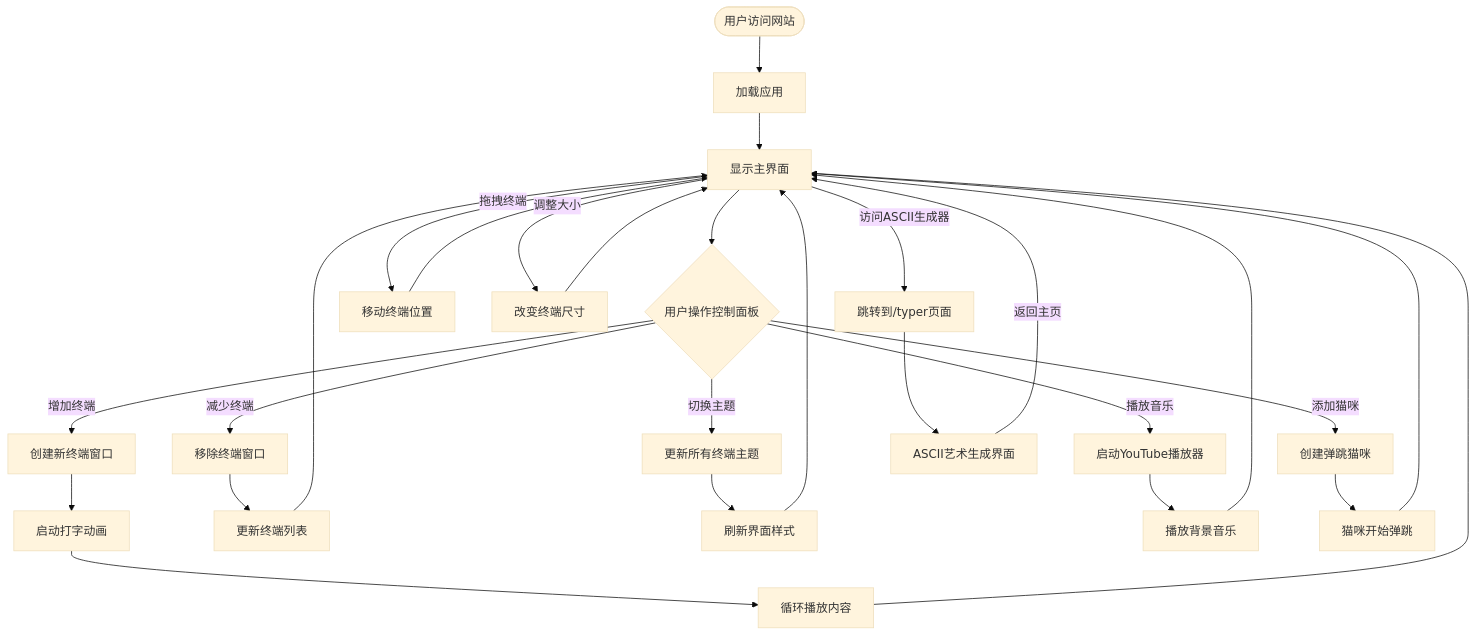
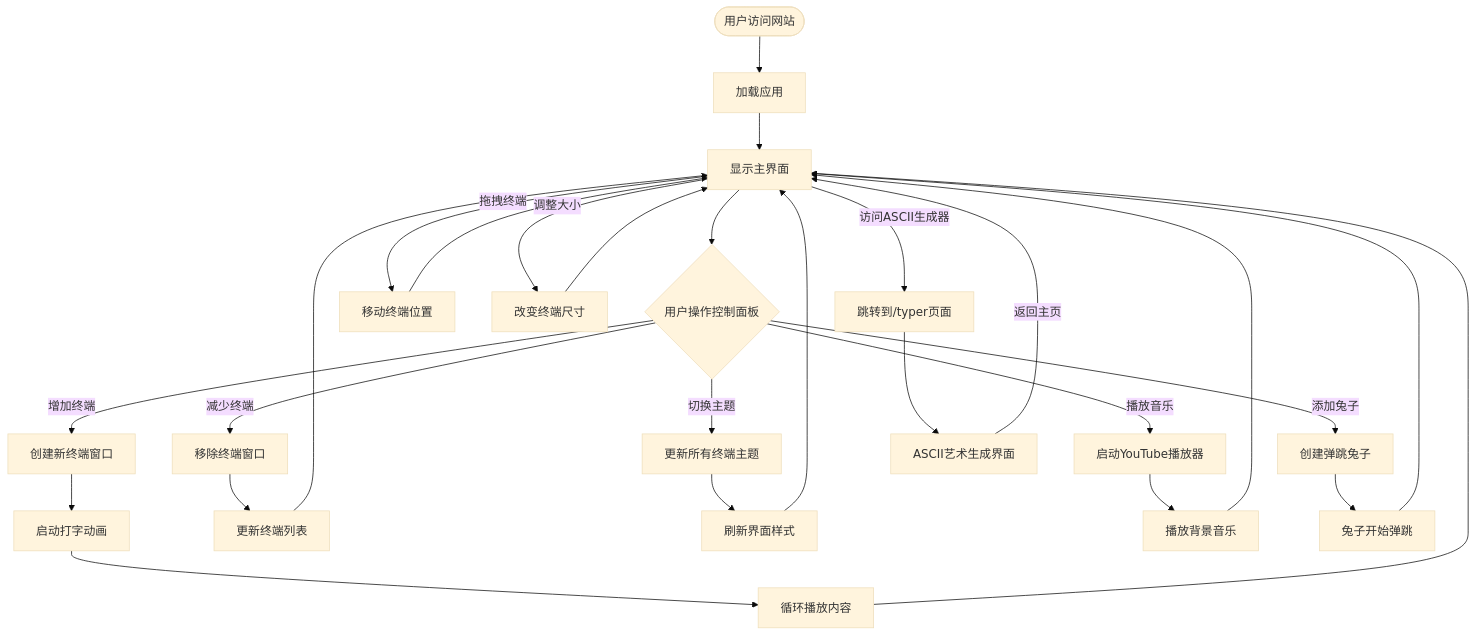
One commit to nicekate/MultiTerminalCodeViz changed the third of 3 diagrams in README.md. Above: the diagram before and after it, drawn with Mermaid (base theme). The commit also changed other lines of this file and 3 other files, not shown here.

First line of the commit message:
feat: replace cat animation with bunny animation

````diff
--- a/README.md
+++ b/README.md
@@ -168,35 +168,35 @@
 ```mermaid
 flowchart TD
     Start([用户访问网站]) --> Load[加载应用]
     Load --> MainInterface[显示主界面]
 
     MainInterface --> Controls{用户操作控制面板}
 
     Controls -->|增加终端| AddTerminal[创建新终端窗口]
     Controls -->|减少终端| RemoveTerminal[移除终端窗口]
     Controls -->|切换主题| ChangeTheme[更新所有终端主题]
     Controls -->|播放音乐| PlayMusic[启动YouTube播放器]
-    Controls -->|添加猫咪| AddCat[创建弹跳猫咪]
+    Controls -->|添加兔子| AddBunny[创建弹跳兔子]
 
     AddTerminal --> Animation[启动打字动画]
     RemoveTerminal --> Update[更新终端列表]
     ChangeTheme --> Refresh[刷新界面样式]
     PlayMusic --> Audio[播放背景音乐]
-    AddCat --> Bounce[猫咪开始弹跳]
+    AddBunny --> Bounce[兔子开始弹跳]
 
     Animation --> Loop[循环播放内容]
     Update --> MainInterface
     Refresh --> MainInterface
     Audio --> MainInterface
     Bounce --> MainInterface
     Loop --> MainInterface
 
     MainInterface -->|拖拽终端| DragTerminal[移动终端位置]
     MainInterface -->|调整大小| ResizeTerminal[改变终端尺寸]
     MainInterface -->|访问ASCII生成器| AsciiPage[跳转到/typer页面]
 
     DragTerminal --> MainInterface
     ResizeTerminal --> MainInterface
     AsciiPage --> AsciiInterface[ASCII艺术生成界面]
     AsciiInterface -->|返回主页| MainInterface
 ```
````
